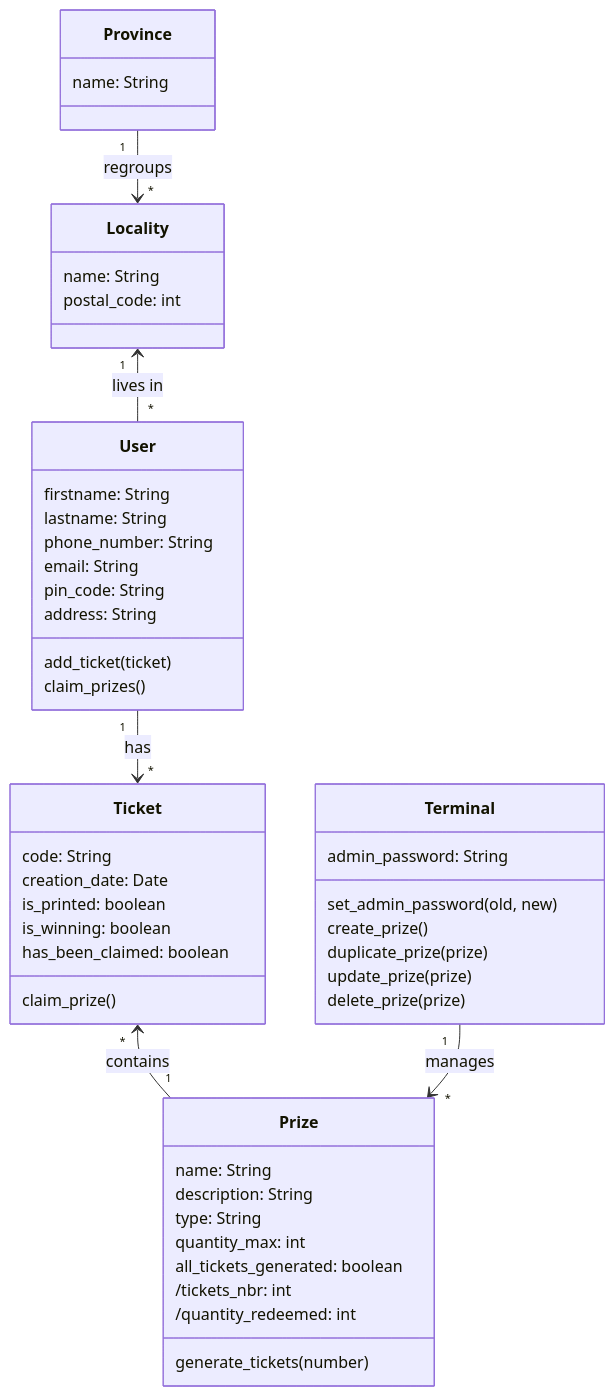
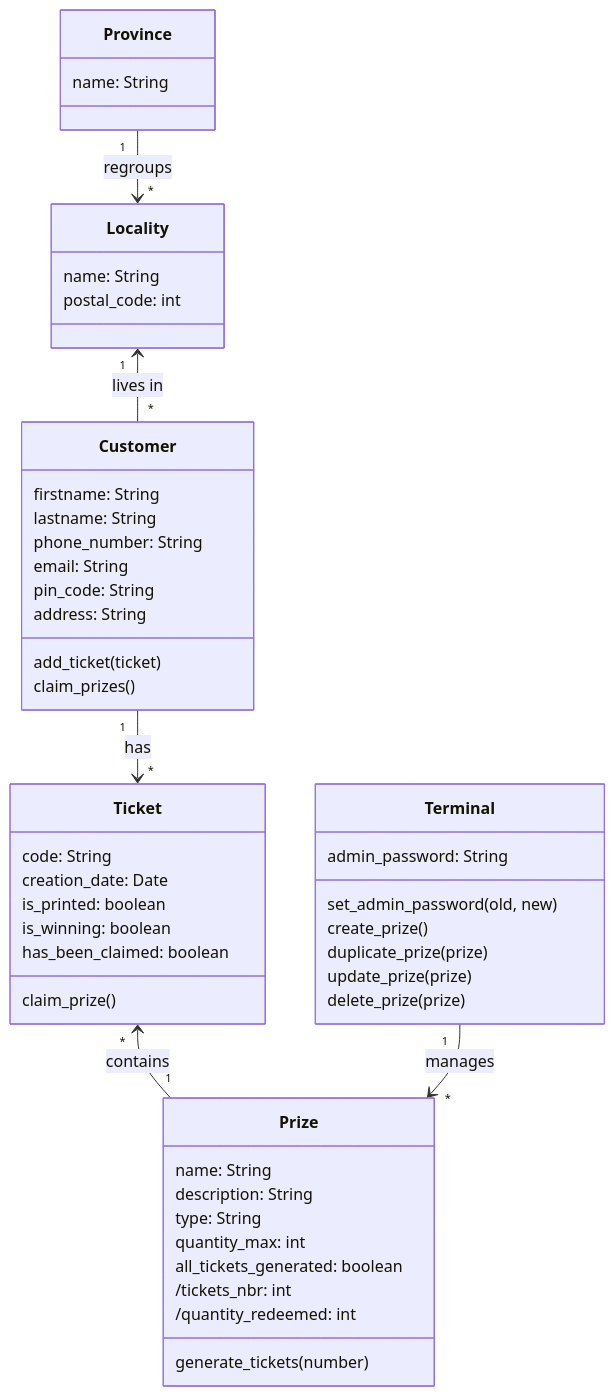
Before and after one commit to HunteRoi/bwatakado: the diagram in docs/mermaid/Class.mermaid, drawn with Mermaid. The commit also changed 4 other files, not shown here.

```diff
--- a/docs/mermaid/Class.mermaid
+++ b/docs/mermaid/Class.mermaid
@@ -1,55 +1,55 @@
 classDiagram
     class Terminal {
         admin_password: String
         set_admin_password(old, new)
         create_prize()
         duplicate_prize(prize)
         update_prize(prize)
         delete_prize(prize)
     }
 
     class Prize {
         name: String
         description: String
         type: String
         quantity_max: int
         all_tickets_generated: boolean
         /tickets_nbr: int
         /quantity_redeemed: int
         generate_tickets(number)
     }
 
     class Ticket {
         code: String
         creation_date: Date
         is_printed: boolean
         is_winning: boolean
         has_been_claimed: boolean
         claim_prize()
     }
 
-    class User {
+    class Customer {
         firstname: String
         lastname: String
         phone_number: String
         email: String
         pin_code: String
         address: String
         add_ticket(ticket)
         claim_prizes()
     }
 
     class Locality {
         name: String
         postal_code: int
     }
 
     class Province {
         name: String
     }
 
     Ticket "*" <-- "1" Prize: contains
-    User "1" --> "*" Ticket: has
+    Customer "1" --> "*" Ticket: has
     Province "1" --> "*" Locality: regroups
-    Locality "1" <-- "*" User: lives in
+    Locality "1" <-- "*" Customer: lives in
     Terminal "1" --> "*" Prize: manages
```
